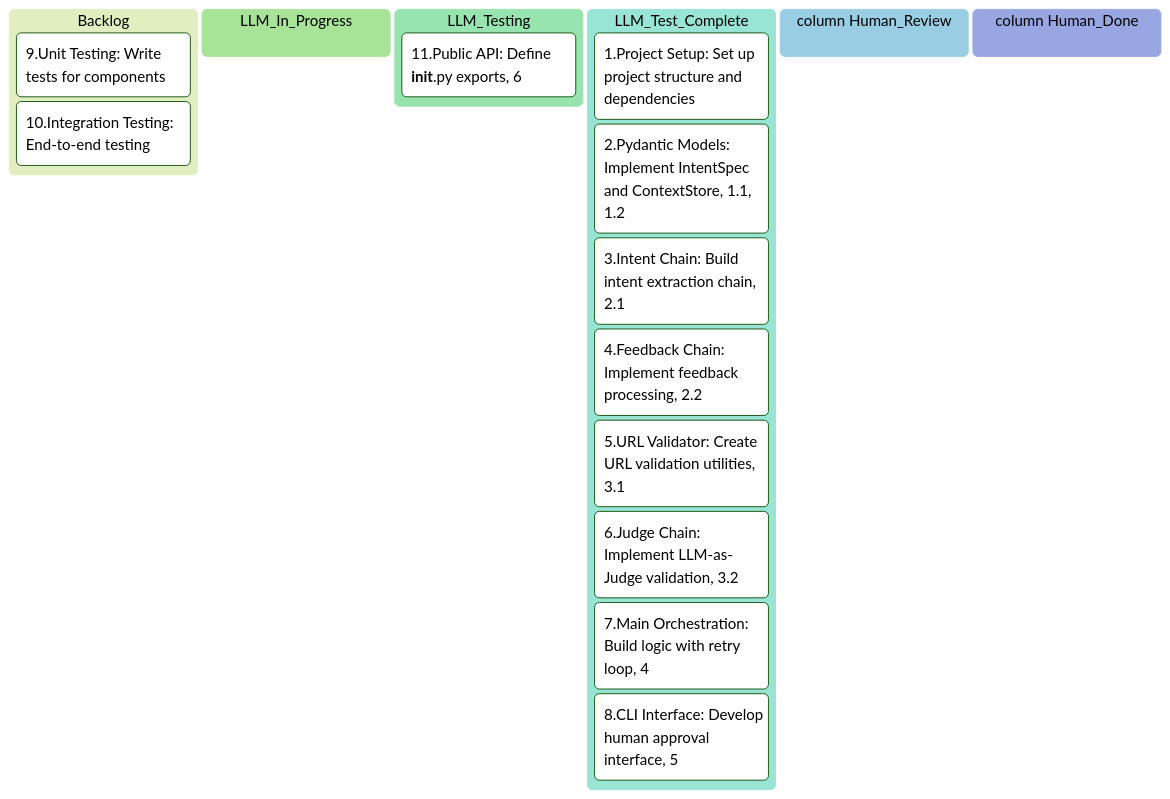
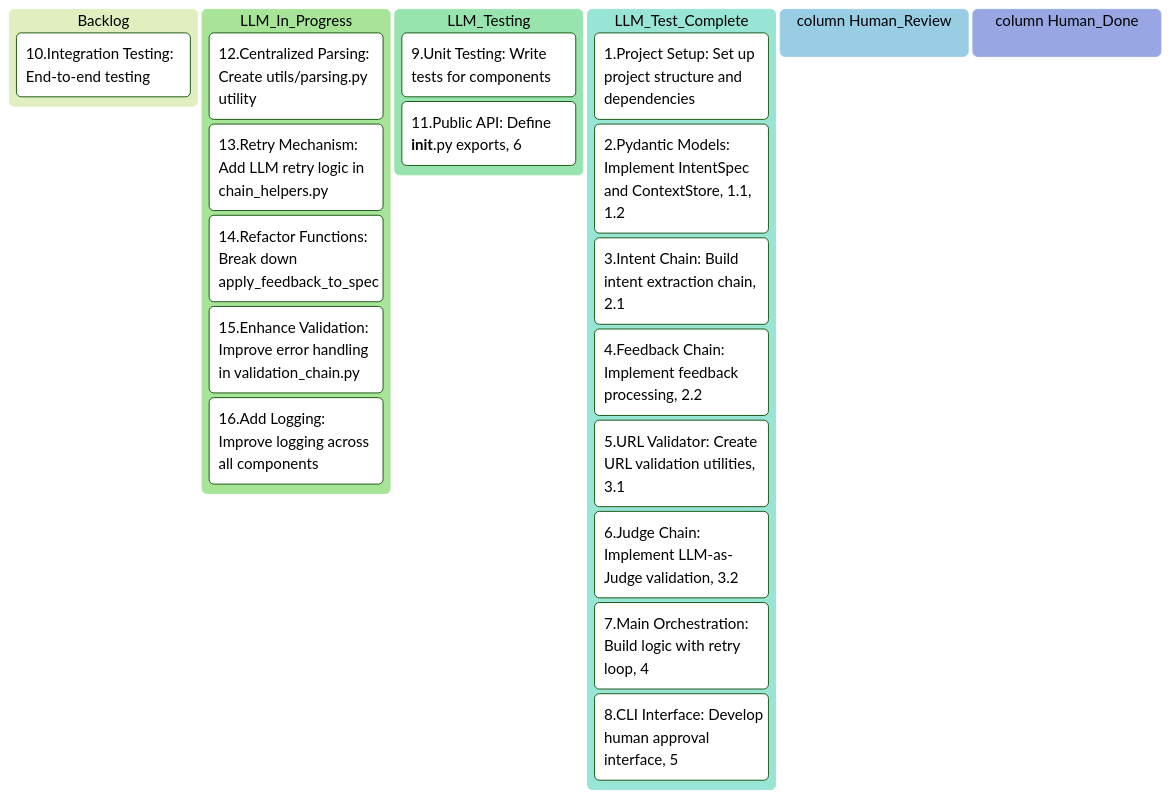
One commit to RunLittleTurtle/the-brain-ai-scraper-2 changed the first of 2 diagrams in System_docs_for_LLM_assistant/System_docs/Modules/[module]Infer_intent.md. Above: the diagram before and after it, drawn with Mermaid (forest theme). The commit also changed 40 other files, not shown here.

````diff
--- a/System_docs_for_LLM_assistant/System_docs/Modules/[module]Infer_intent.md
+++ b/System_docs_for_LLM_assistant/System_docs/Modules/[module]Infer_intent.md
@@ -3,22 +3,27 @@
 ```mermaid
 kanban
 Backlog
-    9.Unit Testing: Write tests for components
     10.Integration Testing: End-to-end testing
 LLM_In_Progress
+    12.Centralized Parsing: Create utils/parsing.py utility
+    13.Retry Mechanism: Add LLM retry logic in chain_helpers.py
+    14.Refactor Functions: Break down apply_feedback_to_spec
+    15.Enhance Validation: Improve error handling in validation_chain.py
+    16.Add Logging: Improve logging across all components
 LLM_Testing
+    9.Unit Testing: Write tests for components
     11.Public API: Define __init__.py exports, 6
 LLM_Test_Complete
     1.Project Setup: Set up project structure and dependencies
     2.Pydantic Models: Implement IntentSpec and ContextStore, 1.1, 1.2
     3.Intent Chain: Build intent extraction chain, 2.1
     4.Feedback Chain: Implement feedback processing, 2.2
     5.URL Validator: Create URL validation utilities, 3.1
     6.Judge Chain: Implement LLM-as-Judge validation, 3.2
     7.Main Orchestration: Build logic with retry loop, 4
     8.CLI Interface: Develop human approval interface, 5
 column Human_Review
 column Human_Done
 
 
 ```
````
